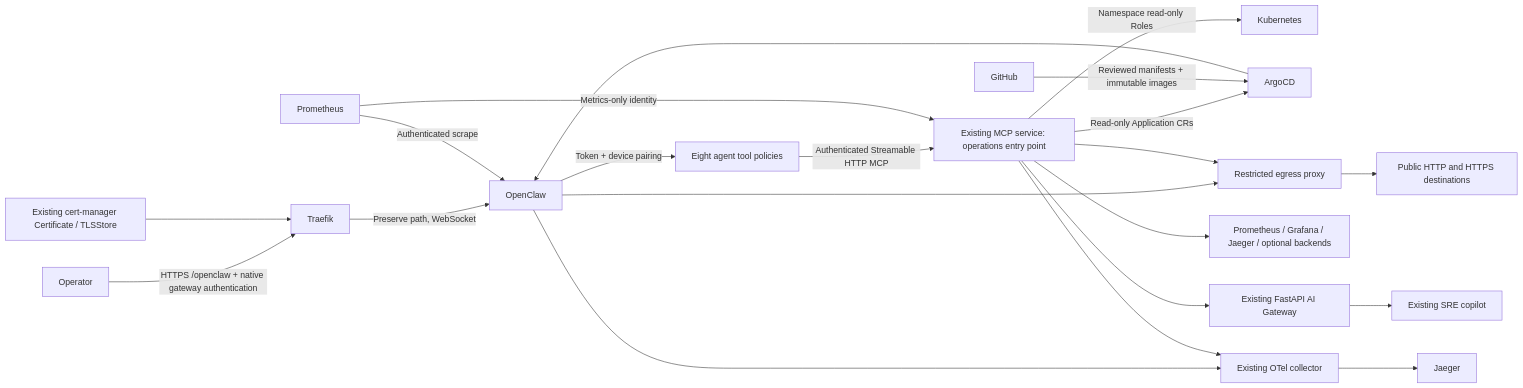
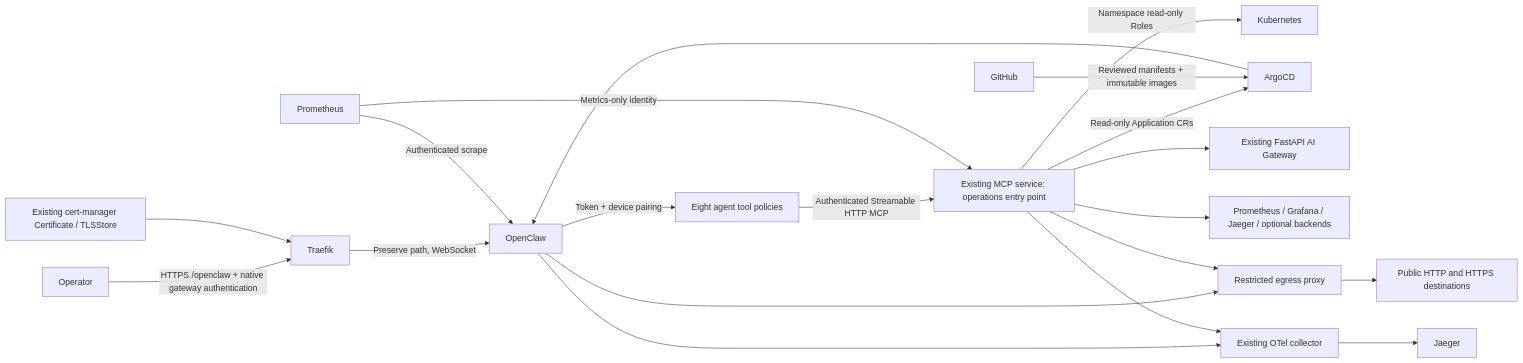
The first of 2 diagrams in docs/openclaw/README.md (mrjithendar/roboshop-ai), drawn with Mermaid before and after one commit. The commit also changed other lines of this file and 43 other files, not shown here.

Commit message:
remove sre copilot

````diff
--- a/docs/openclaw/README.md
+++ b/docs/openclaw/README.md
@@ -44,23 +44,22 @@
 ```mermaid
 flowchart LR
   Operator -->|HTTPS /openclaw + native gateway authentication| Traefik
   Certificate[Existing cert-manager Certificate / TLSStore] --> Traefik
   Traefik -->|Preserve path, WebSocket| OpenClaw
   OpenClaw -->|Token + device pairing| Agents[Eight agent tool policies]
   Agents -->|Authenticated Streamable HTTP MCP| Operations[Existing MCP service: operations entry point]
   Operations -->|Namespace read-only Roles| Kubernetes
   Operations -->|Read-only Application CRs| ArgoCD
   Operations --> Gateway[Existing FastAPI AI Gateway]
-  Gateway --> SRE[Existing SRE copilot]
   Operations --> Observability[Prometheus / Grafana / Jaeger / optional backends]
   OpenClaw --> Proxy[Restricted egress proxy]
   Operations --> Proxy
   Proxy --> Providers[Public HTTP and HTTPS destinations]
   OpenClaw --> Collector[Existing OTel collector]
   Operations --> Collector
   Collector --> Jaeger
   Prometheus -->|Authenticated scrape| OpenClaw
   Prometheus -->|Metrics-only identity| Operations
   GitHub -->|Reviewed manifests + immutable images| ArgoCD
   ArgoCD --> OpenClaw
 ```
````
